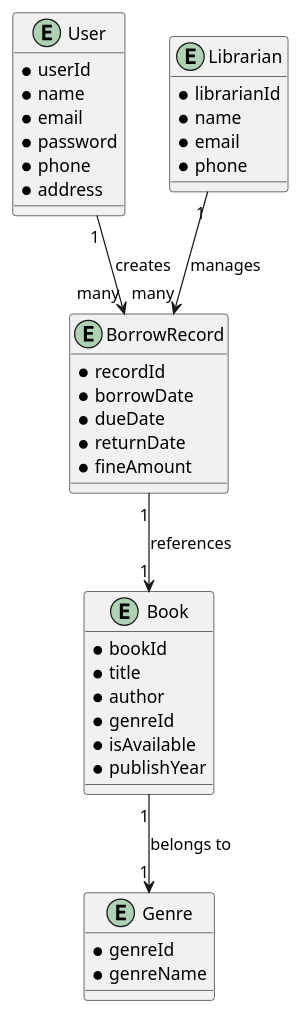
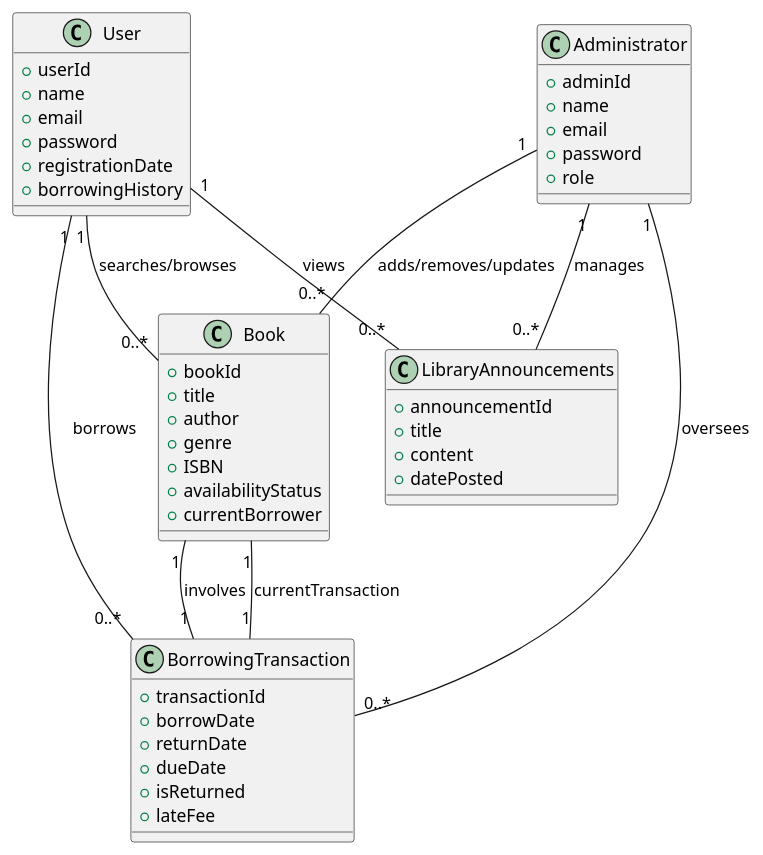
One commit to mernaahmed2020/LibraryOO changed the diagram in docs/DoaminModel.puml. Above: the diagram before and after it, drawn with PlantUML. The commit also changed 4 other files, not shown here.

Commit message:
2more sequence diagrams,and updated functional requirements

```diff
--- a/docs/DoaminModel.puml
+++ b/docs/DoaminModel.puml
@@ -1,53 +1,58 @@
 @startuml
-entity User {
-    * userId
-    * name
-    * email
-    * password
-    * phone
-    * address
+' Define classes with detailed attributes
+class User {
+    +userId
+    +name
+    +email
+    +password
+    +registrationDate
+    +borrowingHistory
 }
 
-entity Book {
-    * bookId
-    * title
-    * author
-    * genreId
-    * isAvailable
-    * publishYear
+class Administrator {
+    +adminId
+    +name
+    +email
+    +password
+    +role
 }
 
-entity BorrowRecord {
-    * recordId
-    * borrowDate
-    * dueDate
-    * returnDate
-    * fineAmount
+class Book {
+    +bookId
+    +title
+    +author
+    +genre
+    +ISBN
+    +availabilityStatus
+    +currentBorrower
 }
 
-entity Librarian {
-    * librarianId
-    * name
-    * email
-    * phone
+class BorrowingTransaction {
+    +transactionId
+    +borrowDate
+    +returnDate
+    +dueDate
+    +isReturned
+    +lateFee
 }
 
-entity Genre {
-    * genreId
-    * genreName
+class LibraryAnnouncements {
+    +announcementId
+    +title
+    +content
+    +datePosted
 }
 
+' Define relationships with cardinality and role names
+User "1" -- "0..*" BorrowingTransaction : borrows
+BorrowingTransaction "1" -- "1" Book : involves
+Book "1" -- "1" BorrowingTransaction : currentTransaction
+User "1" -- "0..*" Book : searches/browses
+User "1" -- "0..*" LibraryAnnouncements : views
 
-
-User "1" --> "many" BorrowRecord : creates
-BorrowRecord "1" --> "1" Book : references
-Librarian "1" --> "many" BorrowRecord : manages
-
-
-
-
-
-Book "1" --> "1" Genre : belongs to
-
+' Administrator relationships
+Administrator "1" -- "0..*" LibraryAnnouncements : manages
+Administrator "1" -- "0..*" Book : adds/removes/updates
+Administrator "1" -- "0..*" BorrowingTransaction : oversees
 
 @enduml
```
